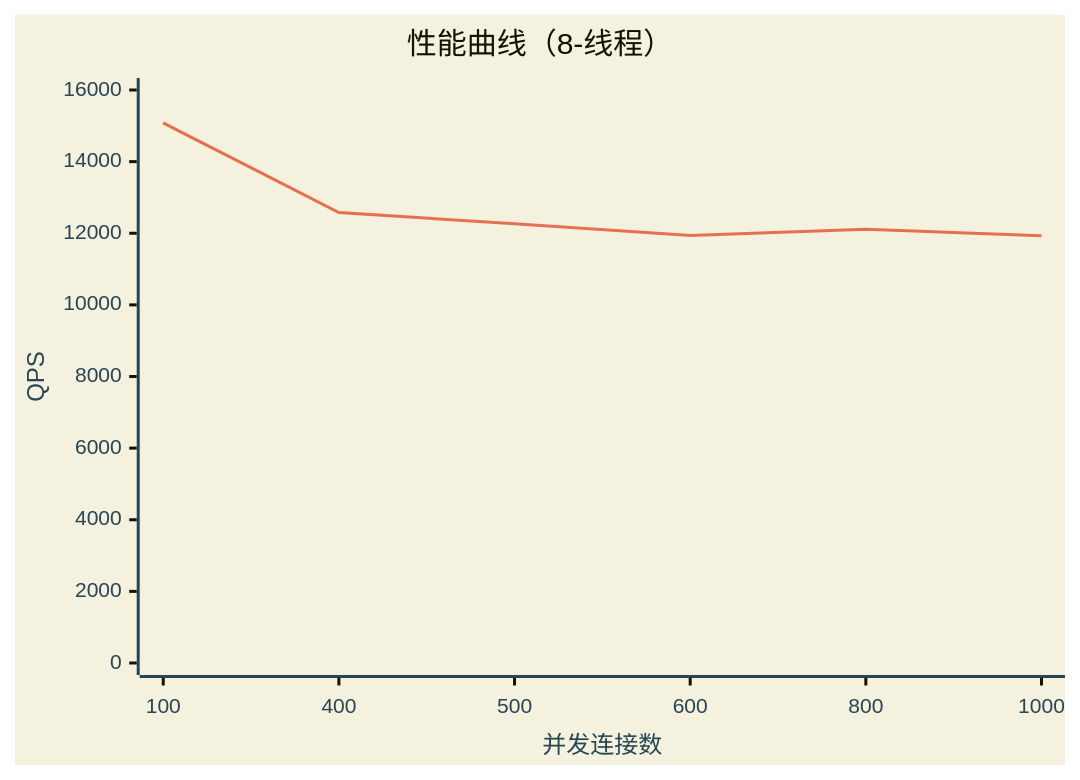
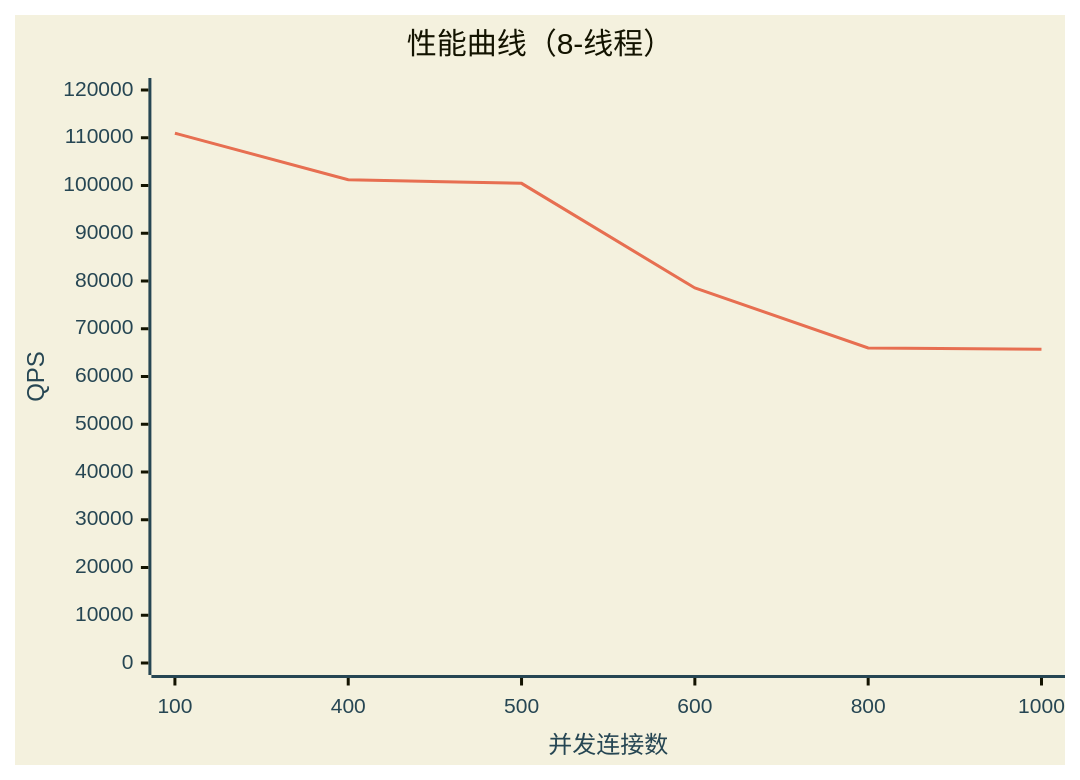
Before and after one commit to iLogIng/http_server: the third of 4 diagrams in stress-test/neo-stress-test.md, drawn with Mermaid. The commit also changed other lines of this file, not shown here.

````diff
--- a/stress-test/neo-stress-test.md
+++ b/stress-test/neo-stress-test.md
@@ -349,24 +329,24 @@
 ```mermaid
 %%{
   init: {
     'theme': 'base',
     'themeVariables': {
       'xyChart': {
         'plotColorPalette': '#E76F51, #2A9D8F, #F4A261',
         'xAxisLineColor': '#264653',
         'yAxisLineColor': '#264653',
         'xAxisTitleColor': '#264653',
         'yAxisTitleColor': '#264653',
         'xAxisLabelColor': '#264653',
         'yAxisLabelColor': '#264653',
         'backgroundColor': '#F4F1DE'
       }
     }
   }
 }%%
 xychart-beta
     title "性能曲线（8-线程）"
     x-axis "并发连接数" [100, 400, 500, 600, 800, 1000]
-    y-axis "QPS" 0 --> 16000
-    line "8-线程 QPS" [15080, 12580, 12262, 11939, 12110, 11932]
+    y-axis "QPS" 0 --> 120000
+    line "8-线程 QPS" [110948, 101198, 100449, 78548, 65994, 65711]
 ```
````
